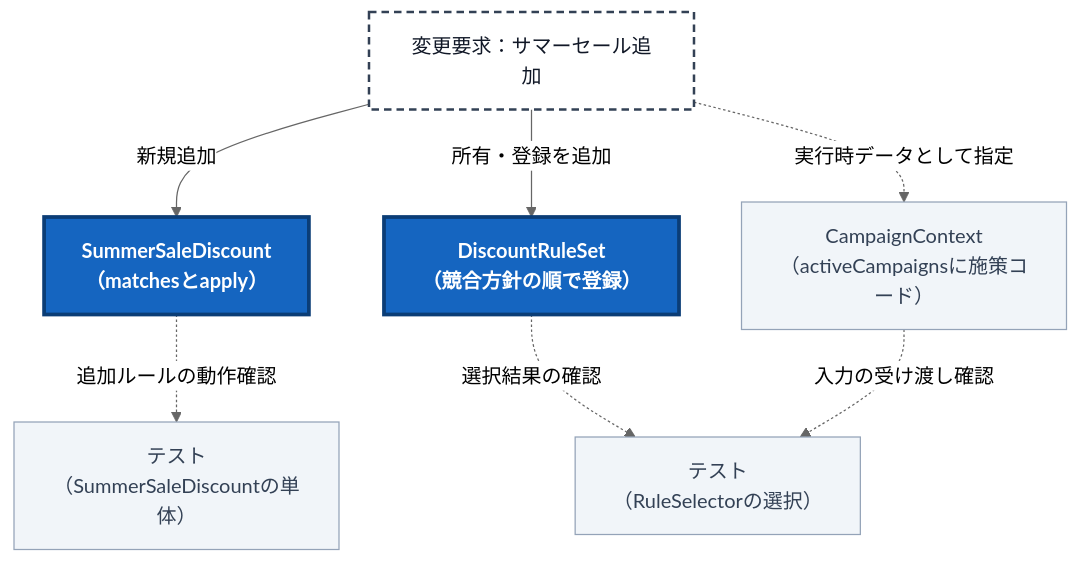
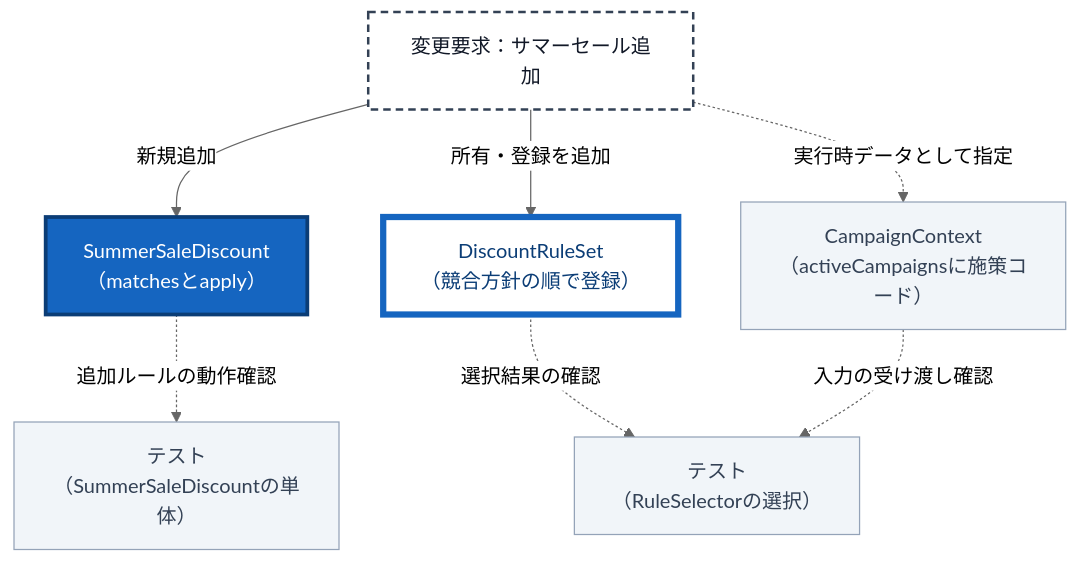
One commit to kumachan1101-pixel/DesignPattern changed diagram 12 of 14 in kindle/design-patterns/books/volume01-core-patterns/output/03-chapter01.md. Above: the diagram before and after it, drawn with Mermaid (neutral theme). The commit also changed other lines of this file and 11 other files, not shown here.

First line of the commit message:
図の印を「新しく作る／開いて直す」へ分け、抜粋の改変を直す

````diff
--- a/kindle/design-patterns/books/volume01-core-patterns/output/03-chapter01.md
+++ b/kindle/design-patterns/books/volume01-core-patterns/output/03-chapter01.md
@@ -2825,14 +2823,15 @@
 ```mermaid
 graph TD
     T1["変更要求：サマーセール追加"]:::req
-        -->|新規追加| N1["SummerSaleDiscount<br>（matchesとapply）"]:::changed
-    T1 -->|所有・登録を追加| N2["DiscountRuleSet<br>（競合方針の順で登録）"]:::changed
+        -->|新規追加| N1["SummerSaleDiscount<br>（matchesとapply）"]:::added
+    T1 -->|所有・登録を追加| N2["DiscountRuleSet<br>（競合方針の順で登録）"]:::touched
     T1 -.->|実行時データとして指定| N3["CampaignContext<br>（activeCampaignsに施策コード）"]:::keep
     N1 -.->|追加ルールの動作確認| T2["テスト<br>（SummerSaleDiscountの単体）"]:::keep
     N2 -.->|選択結果の確認| T3["テスト<br>（RuleSelectorの選択）"]:::keep
     N3 -.->|入力の受け渡し確認| T3
 
     classDef req fill:#ffffff,stroke:#334155,stroke-width:2px,stroke-dasharray:6 4,color:#111827;
     classDef keep fill:#f1f5f9,stroke:#94a3b8,color:#334155;
-    classDef changed fill:#1565c0,stroke:#0b3d76,stroke-width:3px,color:#ffffff,font-weight:bold;
+    classDef added fill:#1565c0,stroke:#0b3d76,stroke-width:3px,color:#ffffff;
+    classDef touched fill:#ffffff,stroke:#1565c0,stroke-width:5px,color:#0b3d76;
 ```
````
